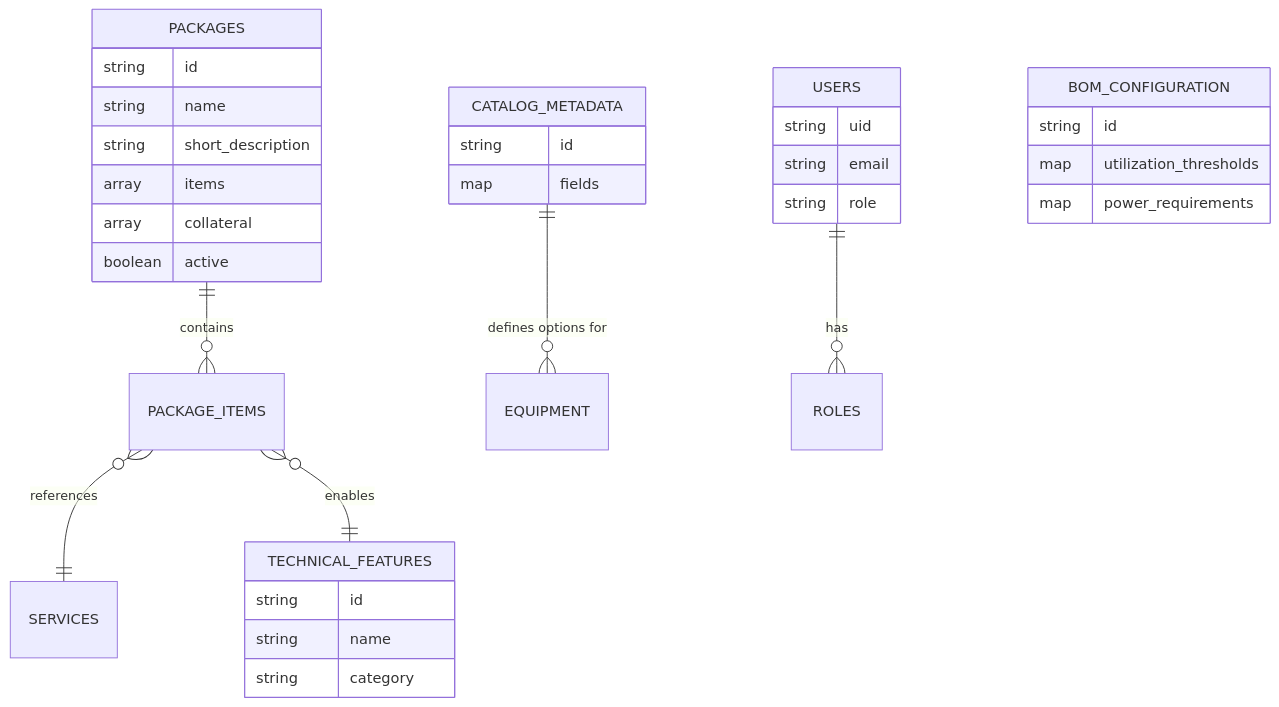
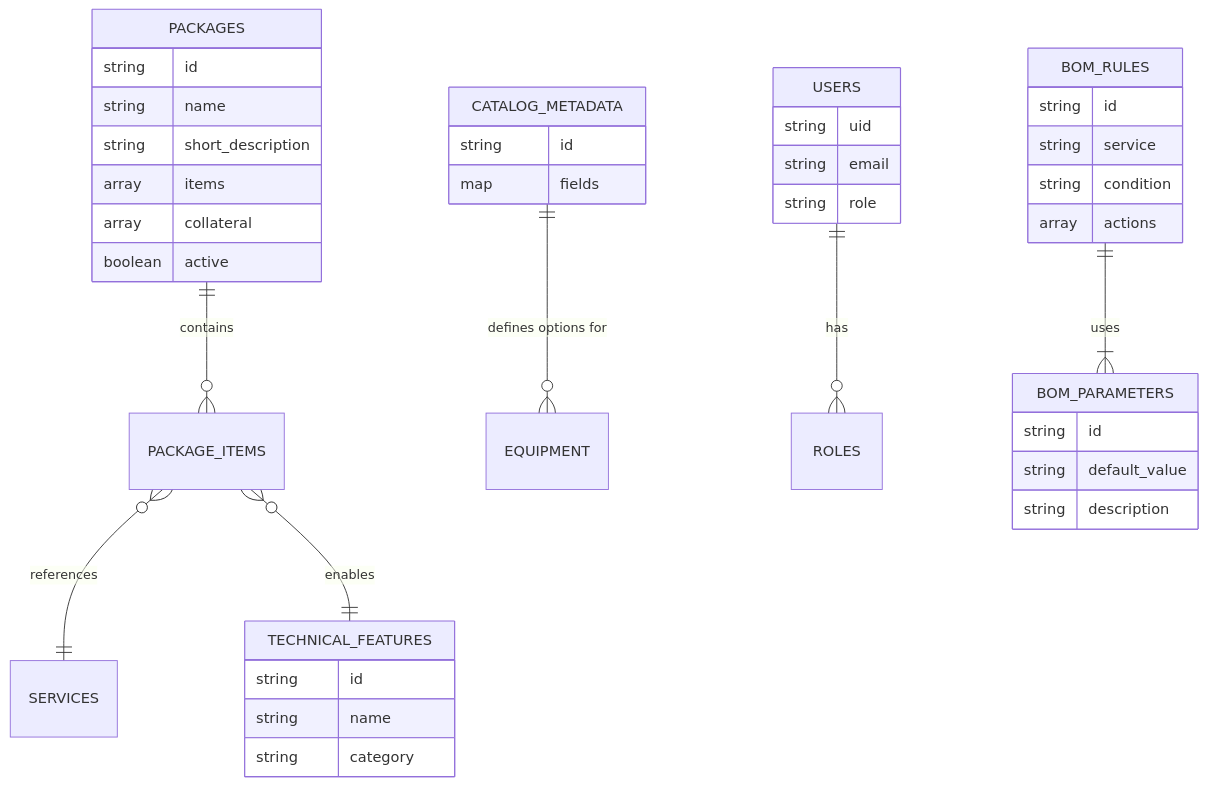
One commit to wslugger/zippy-builder-v2 changed the second of 5 diagrams in ARCHITECTURE.md. Above: the diagram before and after it, drawn with Mermaid. The commit also changed other lines of this file and 61 other files, not shown here.

````diff
--- a/ARCHITECTURE.md
+++ b/ARCHITECTURE.md
@@ -45,36 +46,43 @@
 ```mermaid
 erDiagram
     PACKAGES ||--o{ PACKAGE_ITEMS : contains
     PACKAGE_ITEMS }o--|| SERVICES : references
     PACKAGE_ITEMS }o--|| TECHNICAL_FEATURES : enables
     CATALOG_METADATA ||--o{ EQUIPMENT : "defines options for"
     USERS ||--o{ ROLES : has
+    BOM_RULES ||--|{ BOM_PARAMETERS : uses
 
     PACKAGES {
         string id
         string name
         string short_description
         array items
         array collateral
         boolean active
     }
     TECHNICAL_FEATURES {
         string id
         string name
         string category
     }
     USERS {
         string uid
         string email
         string role
     }
-    BOM_CONFIGURATION {
+    BOM_RULES {
         string id
-        map utilization_thresholds
-        map power_requirements
+        string service
+        string condition
+        array actions
+    }
+    BOM_PARAMETERS {
+        string id
+        string default_value
+        string description
     }
     CATALOG_METADATA {
         string id
         map fields
     }
 ```
````
